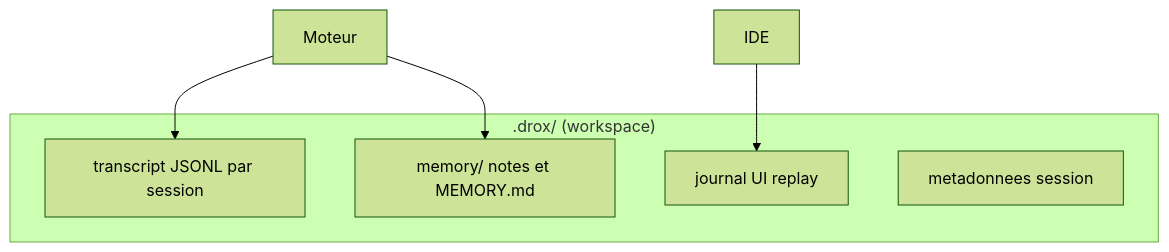
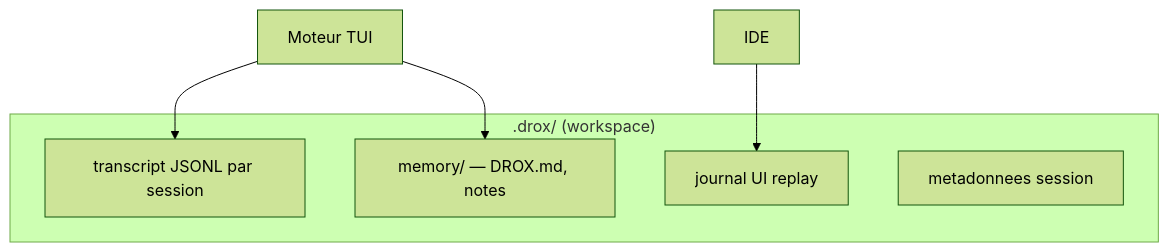
One commit to DroxKiwi/Drox---IDE---OR changed the seventh of 7 diagrams in README.md. Above: the diagram before and after it, drawn with Mermaid (forest theme). The commit also changed other lines of this file and 1 other file, not shown here.

First line of the commit message:
Docs: README et RELEASE_NOTES 1.5.0 — archi tui_mono.

````diff
--- a/README.md
+++ b/README.md
@@ -232,13 +230,13 @@
 ```mermaid
 flowchart TB
   subgraph DISK[".drox/ (workspace)"]
     TR["transcript JSONL par session"]
     UIJ["journal UI replay"]
-    MEM["memory/ notes et MEMORY.md"]
+    MEM["memory/ — DROX.md, notes"]
     SESS["metadonnees session"]
   end
 
-  MOTEUR["Moteur"] --> TR
+  MOTEUR["Moteur TUI"] --> TR
   IDE["IDE"] --> UIJ
   MOTEUR --> MEM
 ```
````
